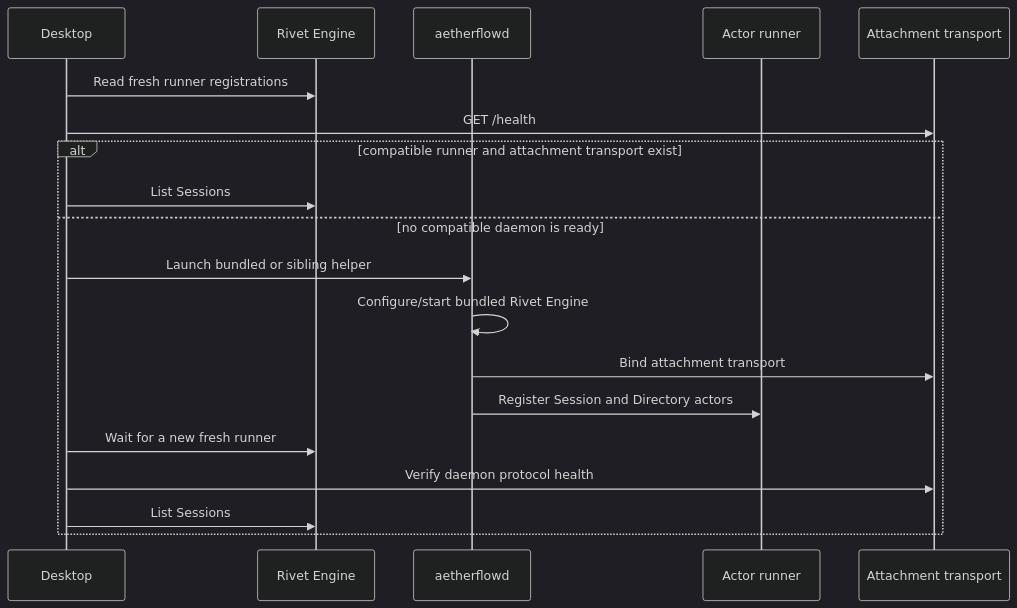
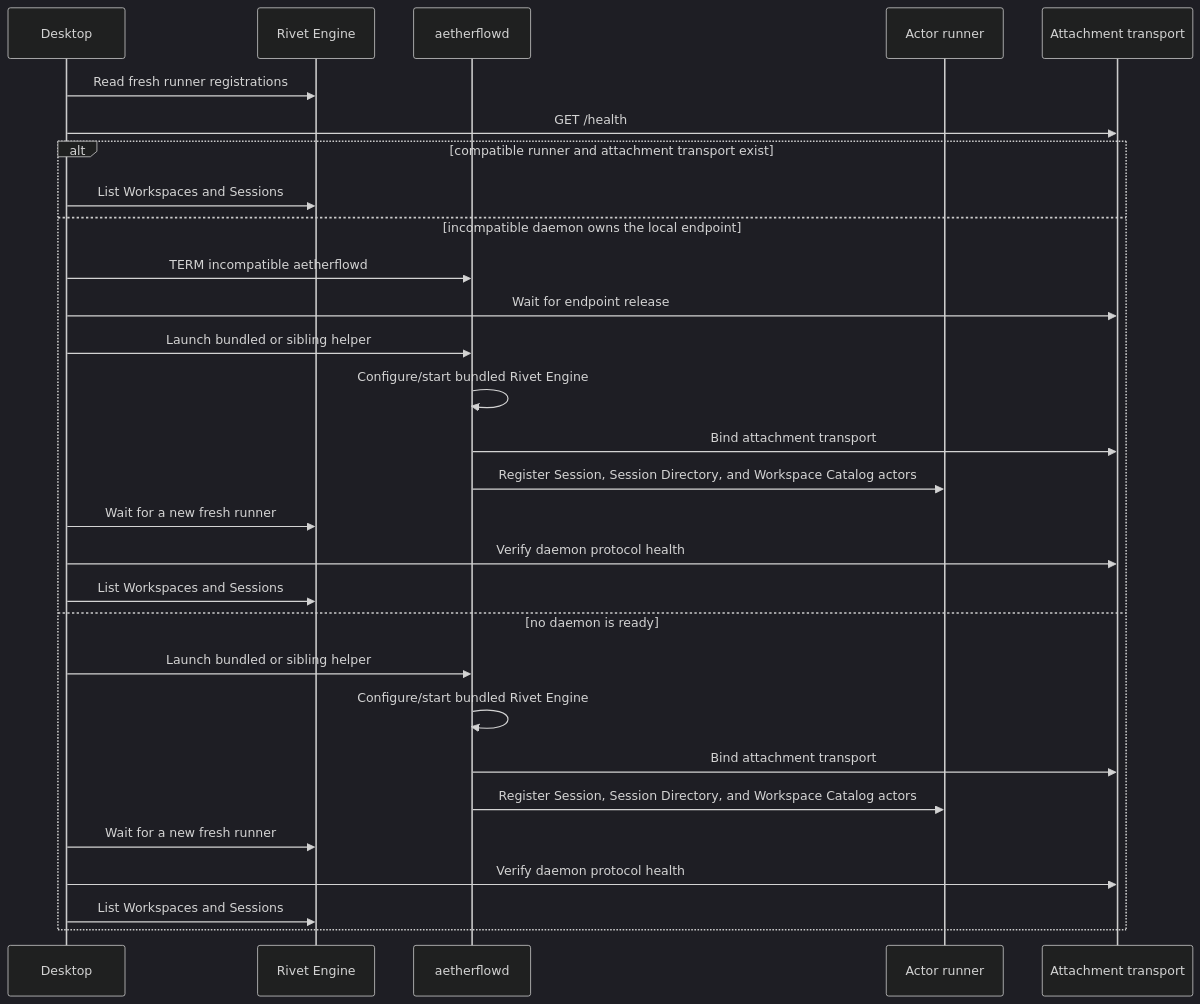
The first of 2 diagrams in docs/architecture/local-sessions.md (baiirun/aetherflow), drawn with Mermaid (dark theme) before and after one commit. The commit also changed other lines of this file and 26 other files, not shown here.

First line of the commit message:
feat(workspaces): add named multi-directory session contexts

````diff
--- a/docs/architecture/local-sessions.md
+++ b/docs/architecture/local-sessions.md
@@ -139,22 +152,32 @@
 ```mermaid
 sequenceDiagram
     participant UI as Desktop
     participant E as Rivet Engine
     participant D as aetherflowd
     participant R as Actor runner
     participant A as Attachment transport
 
     UI->>E: Read fresh runner registrations
     UI->>A: GET /health
     alt compatible runner and attachment transport exist
-        UI->>E: List Sessions
-    else no compatible daemon is ready
+        UI->>E: List Workspaces and Sessions
+    else incompatible daemon owns the local endpoint
+        UI->>D: TERM incompatible aetherflowd
+        UI->>A: Wait for endpoint release
         UI->>D: Launch bundled or sibling helper
         D->>D: Configure/start bundled Rivet Engine
         D->>A: Bind attachment transport
-        D->>R: Register Session and Directory actors
+        D->>R: Register Session, Session Directory, and Workspace Catalog actors
         UI->>E: Wait for a new fresh runner
         UI->>A: Verify daemon protocol health
-        UI->>E: List Sessions
+        UI->>E: List Workspaces and Sessions
+    else no daemon is ready
+        UI->>D: Launch bundled or sibling helper
+        D->>D: Configure/start bundled Rivet Engine
+        D->>A: Bind attachment transport
+        D->>R: Register Session, Session Directory, and Workspace Catalog actors
+        UI->>E: Wait for a new fresh runner
+        UI->>A: Verify daemon protocol health
+        UI->>E: List Workspaces and Sessions
     end
 ```
````
